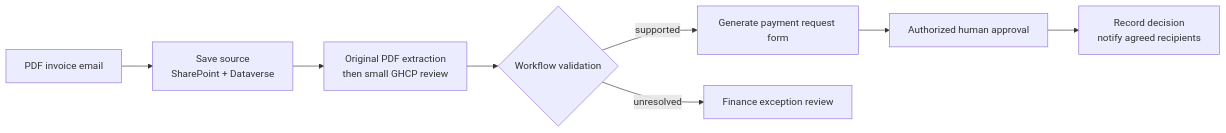
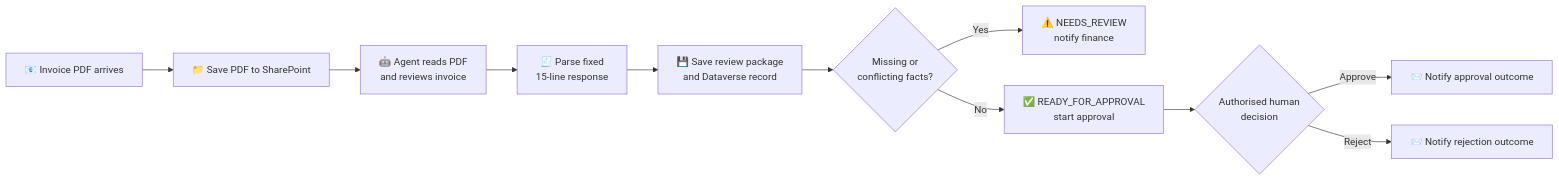
Before and after one commit to AlphaBalzer/ai-agent-runbooks: the diagram in 01-scenarios/Autonomous-Invoice-Orchestration-Agent-GHCP/1.Overview.md, drawn with Mermaid. The commit also changed other lines of this file and 10 other files, not shown here.

Commit message:
Document tested GHCP invoice orchestration

````diff
--- a/01-scenarios/Autonomous-Invoice-Orchestration-Agent-GHCP/1.Overview.md
+++ b/01-scenarios/Autonomous-Invoice-Orchestration-Agent-GHCP/1.Overview.md
@@ -73,10 +61,13 @@
 ```mermaid
 flowchart LR
-    A["PDF invoice email"] --> B["Save source<br/>SharePoint + Dataverse"]
-    B --> C["Original PDF extraction<br/>then small GHCP review"]
-    C --> D{"Workflow validation"}
-    D -->|supported| E["Generate payment request form"]
-    D -->|unresolved| F["Finance exception review"]
-    E --> G["Authorized human approval"]
-    G --> H["Record decision<br/>notify agreed recipients"]
+    A["📧 Invoice PDF arrives"] --> B["📁 Save PDF to SharePoint"]
+    B --> C["🤖 Agent reads PDF<br/>and reviews invoice"]
+    C --> D["🧾 Parse fixed<br/>15-line response"]
+    D --> E["💾 Save review package<br/>and Dataverse record"]
+    E --> F{"Missing or<br/>conflicting facts?"}
+    F -->|Yes| G["⚠️ NEEDS_REVIEW<br/>notify finance"]
+    F -->|No| H["✅ READY_FOR_APPROVAL<br/>start approval"]
+    H --> I{"Authorised human<br/>decision"}
+    I -->|Approve| J["📨 Notify approval outcome"]
+    I -->|Reject| K["📨 Notify rejection outcome"]
 ```
````
